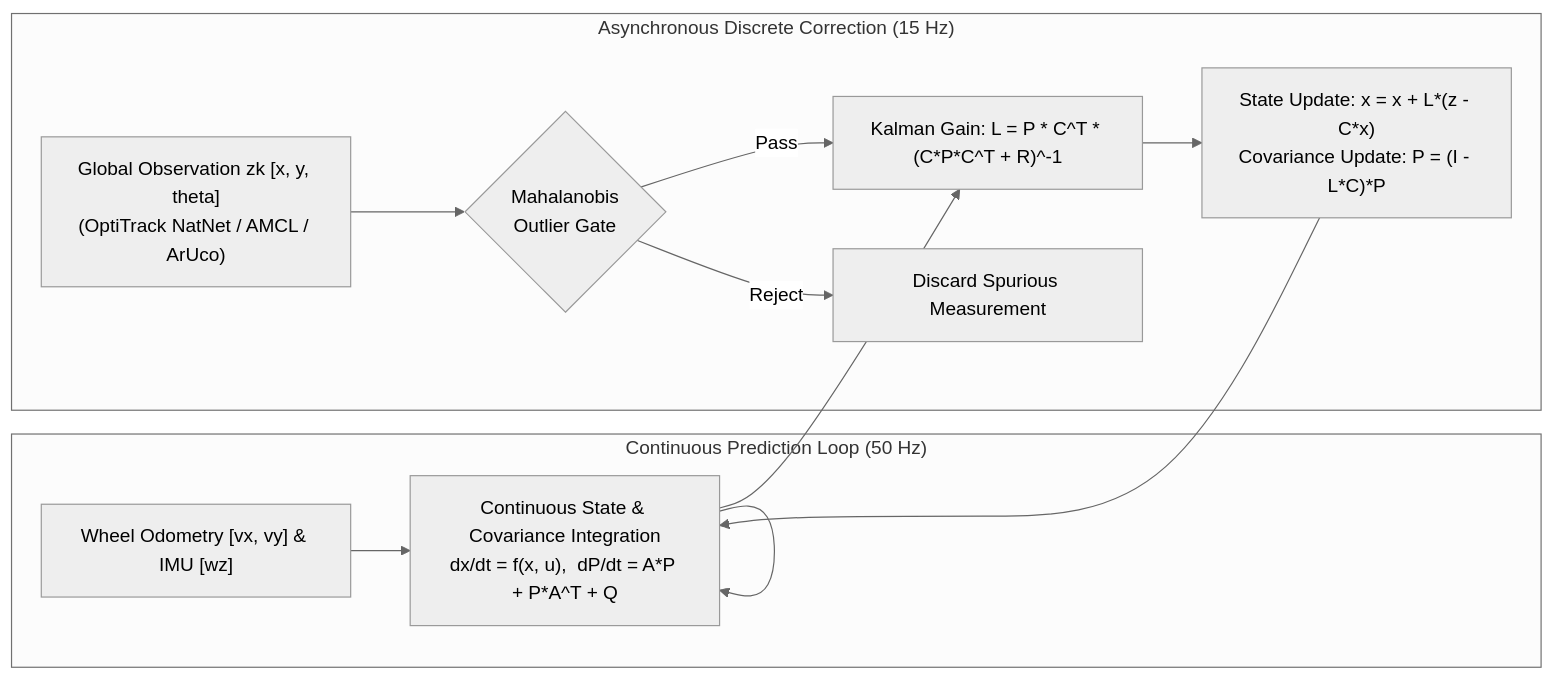
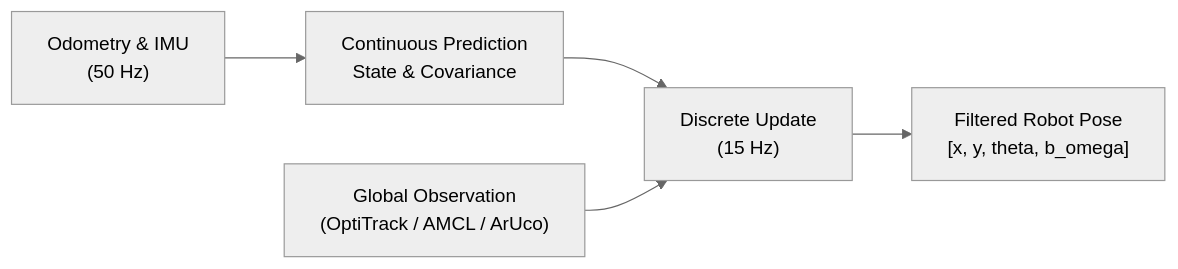
Before and after one commit to opyntorr/port_bot_sim_ws: the third of 5 diagrams in README.md, drawn with Mermaid (neutral theme). The commit also changed other lines of this file, not shown here.

Commit message:
docs: simplify and streamline mermaid architecture diagrams

````diff
--- a/README.md
+++ b/README.md
@@ -190,17 +156,7 @@
 ```mermaid
 flowchart LR
-    subgraph Prediction_Loop["Continuous Prediction Loop (50 Hz)"]
-        U["Wheel Odometry [vx, vy] & IMU [wz]"] --> INT["Continuous State & Covariance Integration\ndx/dt = f(x, u),  dP/dt = A*P + P*A^T + Q"]
-        INT --> INT
-    end
-
-    subgraph Correction_Loop["Asynchronous Discrete Correction (15 Hz)"]
-        OBS["Global Observation zk [x, y, theta]\n(OptiTrack NatNet / AMCL / ArUco)"] --> OUTLIER{"Mahalanobis\nOutlier Gate"}
-        OUTLIER -- Pass --> GAIN["Kalman Gain: L = P * C^T * (C*P*C^T + R)^-1"]
-        GAIN --> UPD["State Update: x = x + L*(z - C*x)\nCovariance Update: P = (I - L*C)*P"]
-        OUTLIER -- Reject --> DROP["Discard Spurious Measurement"]
-    end
-
-    INT --> GAIN
-    UPD --> INT
+    Sensors["Odometry & IMU\n(50 Hz)"] --> Pred["Continuous Prediction\nState & Covariance"]
+    Pred --> Upd["Discrete Update\n(15 Hz)"]
+    Obs["Global Observation\n(OptiTrack / AMCL / ArUco)"] --> Upd
+    Upd --> State["Filtered Robot Pose\n[x, y, theta, b_omega]"]
 ```
````
